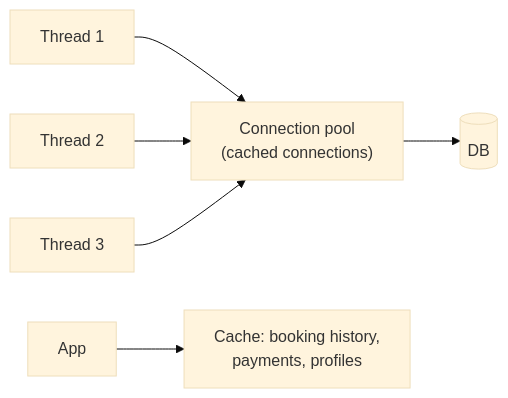
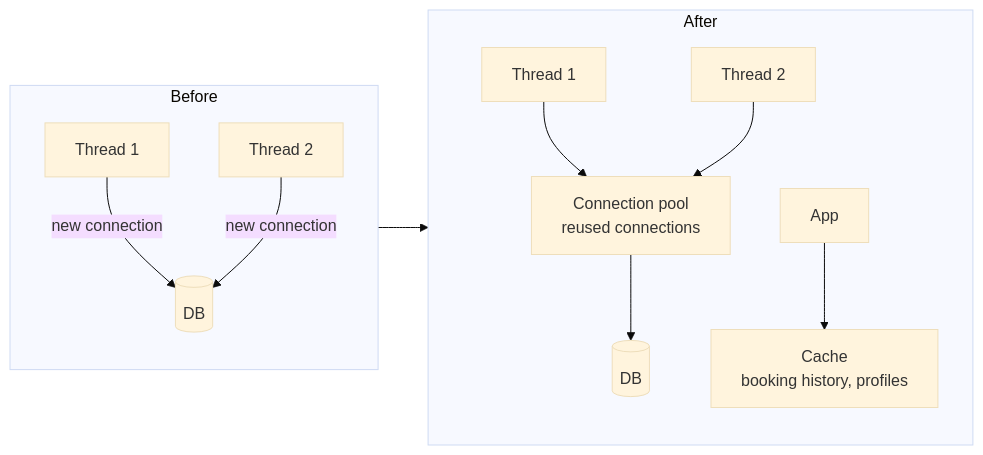
The second of 8 diagrams in dbms/19-scaling-patterns.md (aaryan-pradhan/core-cs-fundamentals), drawn with Mermaid (base theme) before and after one commit. The commit also changed other lines of this file, not shown here.

````diff
--- a/dbms/19-scaling-patterns.md
+++ b/dbms/19-scaling-patterns.md
@@ -48,8 +24,14 @@
 ```mermaid
 flowchart LR
-  T1["Thread 1"] --> Pool["Connection pool<br/>(cached connections)"]
-  T2["Thread 2"] --> Pool
-  T3["Thread 3"] --> Pool
-  Pool --> DB[("DB")]
-  App["App"] --> Cache["Cache: booking history,<br/>payments, profiles"]
+  subgraph B["Before"]
+    T1["Thread 1"] -->|"new connection"| D1[("DB")]
+    T2["Thread 2"] -->|"new connection"| D1
+  end
+  subgraph A["After"]
+    U1["Thread 1"] --> PL["Connection pool<br/>reused connections"]
+    U2["Thread 2"] --> PL
+    PL --> D2[("DB")]
+    AP["App"] --> CA["Cache<br/>booking history, profiles"]
+  end
+  B --> A
 ```
````
